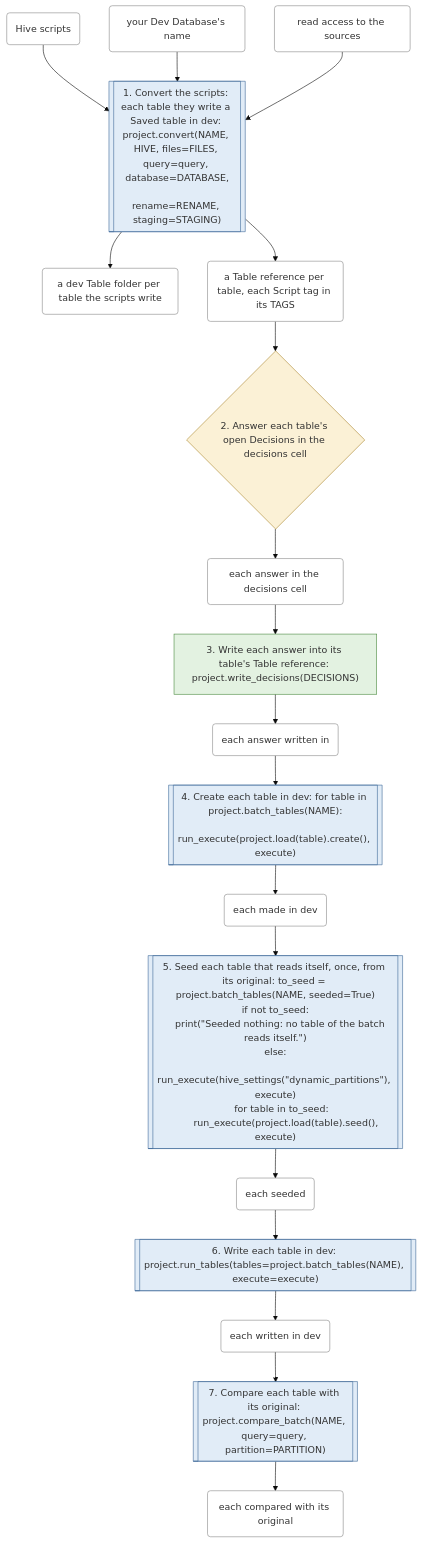
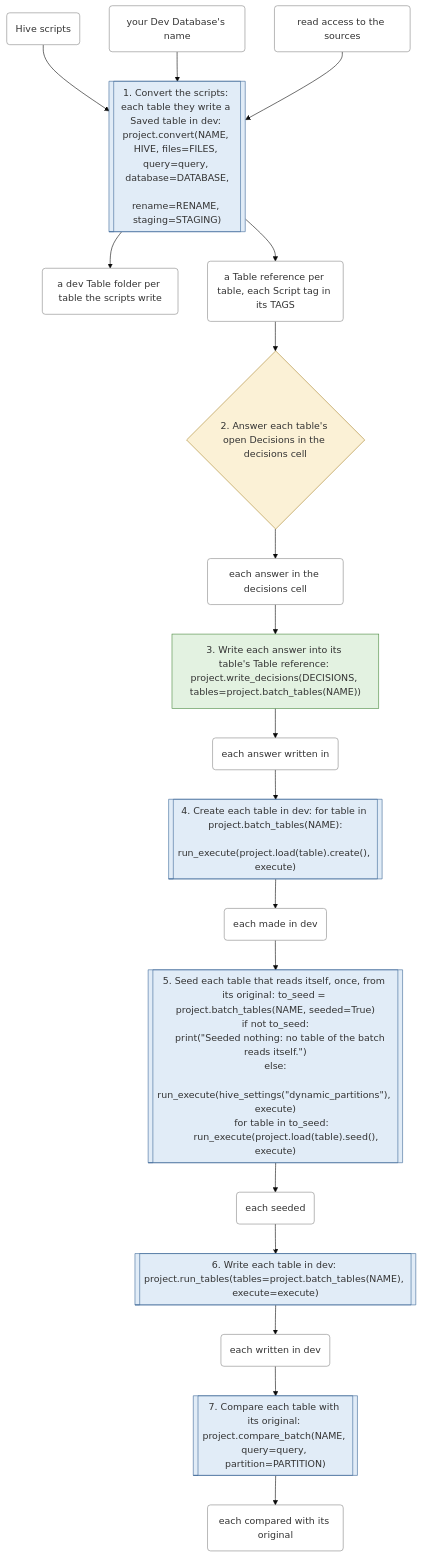
The first of 6 diagrams in docs/workflows.md (EdgyPage/SQL-Composer), drawn with Mermaid (base theme) before and after one commit. The commit also changed other lines of this file and 28 other files, not shown here.

First line of the commit message:
feat(8.4): ticket 08, Decisions for every table

````diff
--- a/docs/workflows.md
+++ b/docs/workflows.md
@@ -31,50 +31,50 @@
 ```mermaid
 flowchart TD
     s0[["1. Convert the scripts: each table they write a Saved table in dev: project.convert(NAME, HIVE, files=FILES, query=query, database=DATABASE,
                 rename=RENAME, staging=STAGING)"]]:::warehouse_call
     s1{"2. Answer each table's open Decisions in the decisions cell"}:::your_decision
-    s2["3. Write each answer into its table's Table reference: project.write_decisions(DECISIONS)"]:::files_only
+    s2["3. Write each answer into its table's Table reference: project.write_decisions(DECISIONS, tables=project.batch_tables(NAME))"]:::files_only
     s3[["4. Create each table in dev: for table in project.batch_tables(NAME):
     run_execute(project.load(table).create(), execute)"]]:::warehouse_call
     s4[["5. Seed each table that reads itself, once, from its original: to_seed = project.batch_tables(NAME, seeded=True)
 if not to_seed:
     print(#quot;Seeded nothing: no table of the batch reads itself.#quot;)
 else:
     run_execute(hive_settings(#quot;dynamic_partitions#quot;), execute)
     for table in to_seed:
         run_execute(project.load(table).seed(), execute)"]]:::warehouse_call
     s5[["6. Write each table in dev: project.run_tables(tables=project.batch_tables(NAME), execute=execute)"]]:::warehouse_call
     s6[["7. Compare each table with its original: project.compare_batch(NAME, query=query, partition=PARTITION)"]]:::warehouse_call
     t0("Hive scripts"):::thing
     t1("your Dev Database's name"):::thing
     t2("read access to the sources"):::thing
     t3("a dev Table folder per table the scripts write"):::thing
     t4("a Table reference per table, each Script tag in its TAGS"):::thing
     t5("each answer in the decisions cell"):::thing
     t6("each answer written in"):::thing
     t7("each made in dev"):::thing
     t8("each seeded"):::thing
     t9("each written in dev"):::thing
     t10("each compared with its original"):::thing
     t0 --> s0
     t1 --> s0
     t2 --> s0
     s0 --> t3
     s0 --> t4
     t4 --> s1
     s1 --> t5
     t5 --> s2
     s2 --> t6
     t6 --> s3
     s3 --> t7
     t7 --> s4
     s4 --> t8
     t8 --> s5
     s5 --> t9
     t9 --> s6
     s6 --> t10
     classDef files_only fill:#e3f2e1,stroke:#4a8a3f
     classDef warehouse_call fill:#e1ecf7,stroke:#3f6a9a
     classDef your_decision fill:#fbf1d6,stroke:#a8842a
     classDef thing fill:#ffffff,stroke:#888888
 ```
````
